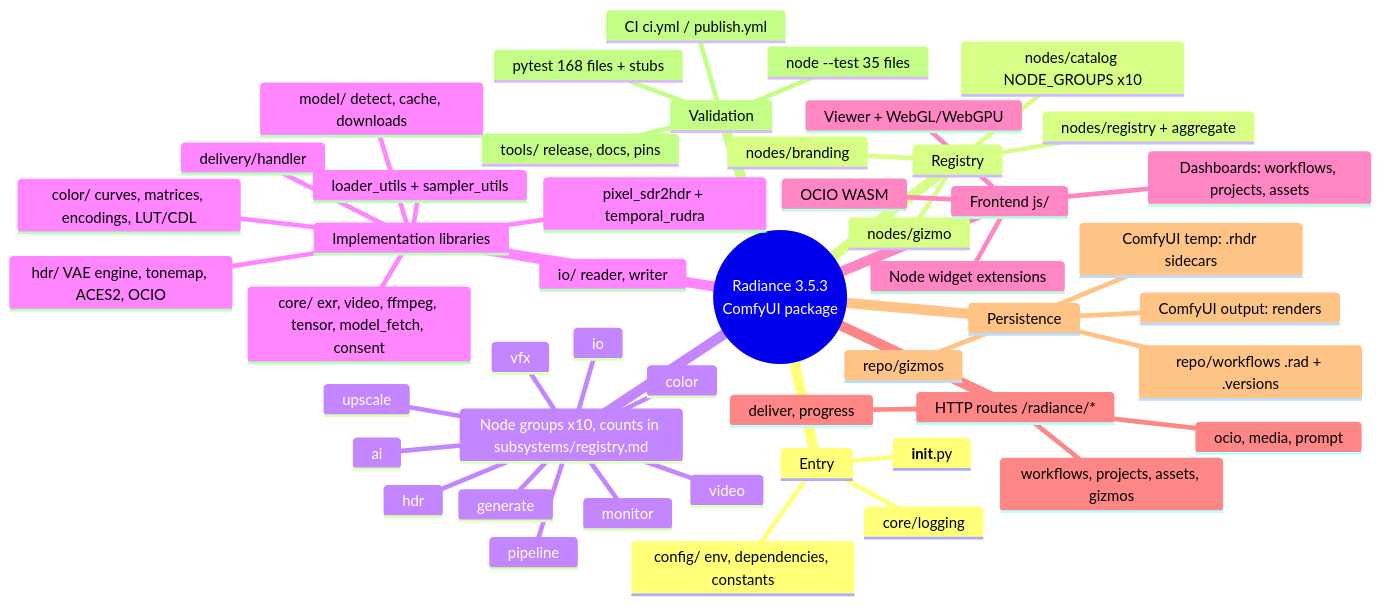
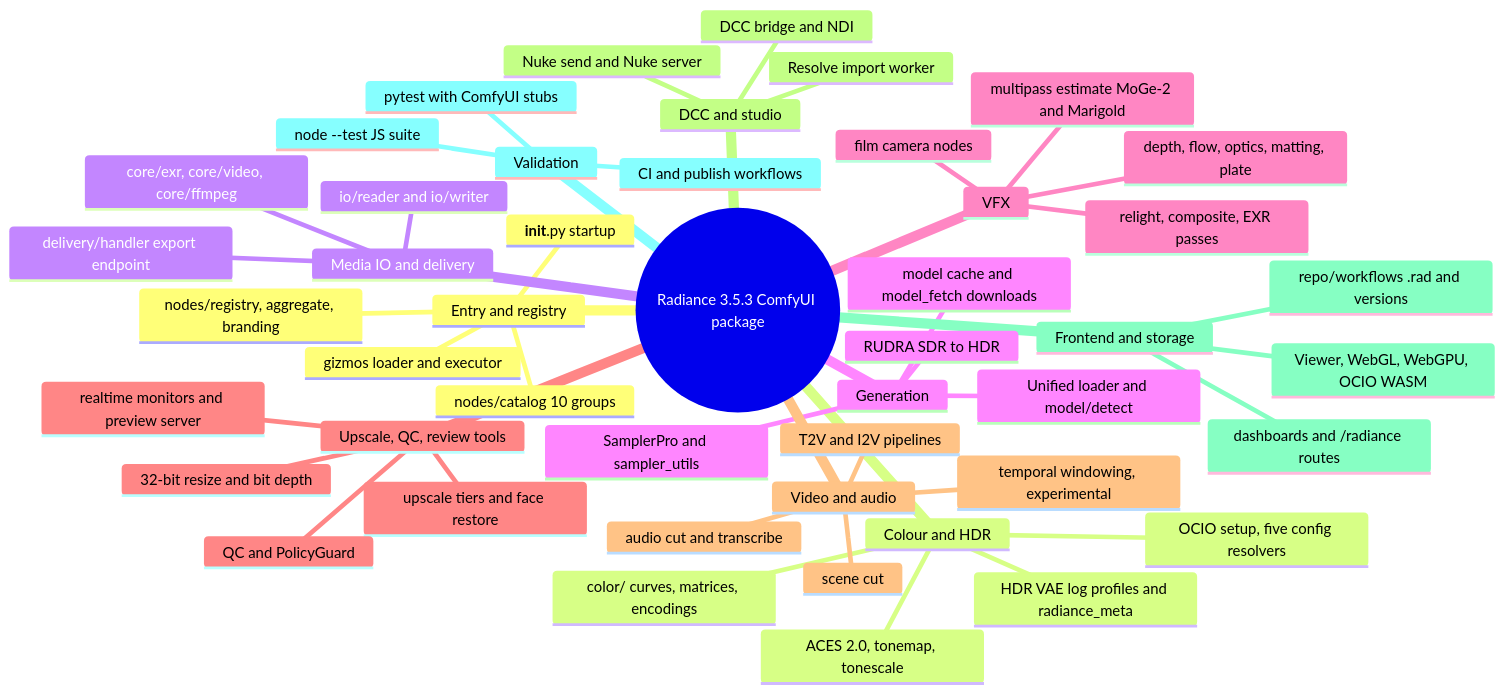
Before and after one commit to FXTD-Studios/radiance: the diagram in docs/ai/diagrams/project-mindmap.mmd, drawn with Mermaid. The commit also changed 25 other files, not shown here.

First line of the commit message:
docs(ai): full-scope project map with evidence labels and workflow flowcharts

```diff
--- a/docs/ai/diagrams/project-mindmap.mmd
+++ b/docs/ai/diagrams/project-mindmap.mmd
@@ -1,51 +1,50 @@
 %% project-mapper:generated, static-analysis map (not a runtime trace), revision 7376f9e
+%% Hierarchy only, not control flow. Node counts live in subsystems/registry.md.
 mindmap
-  root((Radiance 3.5.3<br/>ComfyUI package))
-    Entry
-      __init__.py
-      config/ env, dependencies, constants
-      core/logging
-    Registry
-      nodes/catalog NODE_GROUPS x10
-      nodes/registry + aggregate
-      nodes/branding
-      nodes/gizmo
-    Node groups x10, counts in subsystems/registry.md
-      color
-      hdr
-      io
-      vfx
-      pipeline
-      monitor
-      upscale
-      video
-      ai
-      generate
-    Implementation libraries
-      color/ curves, matrices, encodings, LUT/CDL
-      hdr/ VAE engine, tonemap, ACES2, OCIO
-      io/ reader, writer
-      core/ exr, video, ffmpeg, tensor, model_fetch, consent
-      delivery/handler
-      model/ detect, cache, downloads
-      loader_utils + sampler_utils
-      pixel_sdr2hdr + temporal_rudra
-    Frontend js/
-      Viewer + WebGL/WebGPU
-      OCIO WASM
-      Dashboards: workflows, projects, assets
-      Node widget extensions
-    HTTP routes /radiance/*
-      deliver, progress
-      ocio, media, prompt
-      workflows, projects, assets, gizmos
-    Persistence
-      repo/workflows .rad + .versions
-      repo/gizmos
-      ComfyUI temp: .rhdr sidecars
-      ComfyUI output: renders
+  root((Radiance 3.5.3 ComfyUI package))
+    Entry and registry
+      __init__.py startup
+      nodes/catalog 10 groups
+      nodes/registry, aggregate, branding
+      gizmos loader and executor
+    Colour and HDR
+      color/ curves, matrices, encodings
+      OCIO setup, five config resolvers
+      ACES 2.0, tonemap, tonescale
+      HDR VAE log profiles and radiance_meta
+    Media IO and delivery
+      io/reader and io/writer
+      core/exr, core/video, core/ffmpeg
+      delivery/handler export endpoint
+    Generation
+      Unified loader and model/detect
+      SamplerPro and sampler_utils
+      model cache and model_fetch downloads
+      RUDRA SDR to HDR
+    VFX
+      depth, flow, optics, matting, plate
+      multipass estimate MoGe-2 and Marigold
+      relight, composite, EXR passes
+      film camera nodes
+    Upscale, QC, review tools
+      upscale tiers and face restore
+      32-bit resize and bit depth
+      QC and PolicyGuard
+      realtime monitors and preview server
+    Video and audio
+      T2V and I2V pipelines
+      temporal windowing, experimental
+      scene cut
+      audio cut and transcribe
+    DCC and studio
+      Nuke send and Nuke server
+      Resolve import worker
+      DCC bridge and NDI
+    Frontend and storage
+      Viewer, WebGL, WebGPU, OCIO WASM
+      dashboards and /radiance routes
+      repo/workflows .rad and versions
     Validation
-      pytest 168 files + stubs
-      node --test 35 files
-      CI ci.yml / publish.yml
-      tools/ release, docs, pins
+      pytest with ComfyUI stubs
+      node --test JS suite
+      CI and publish workflows
```
